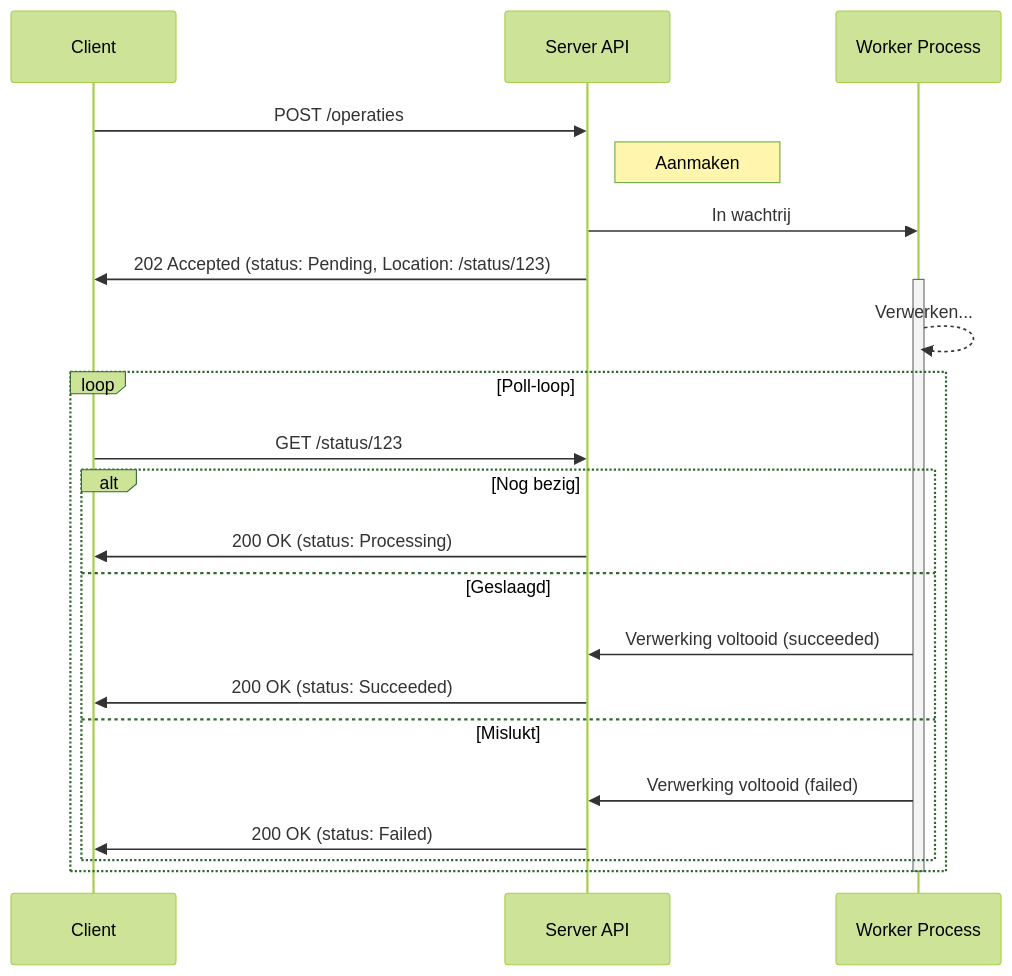
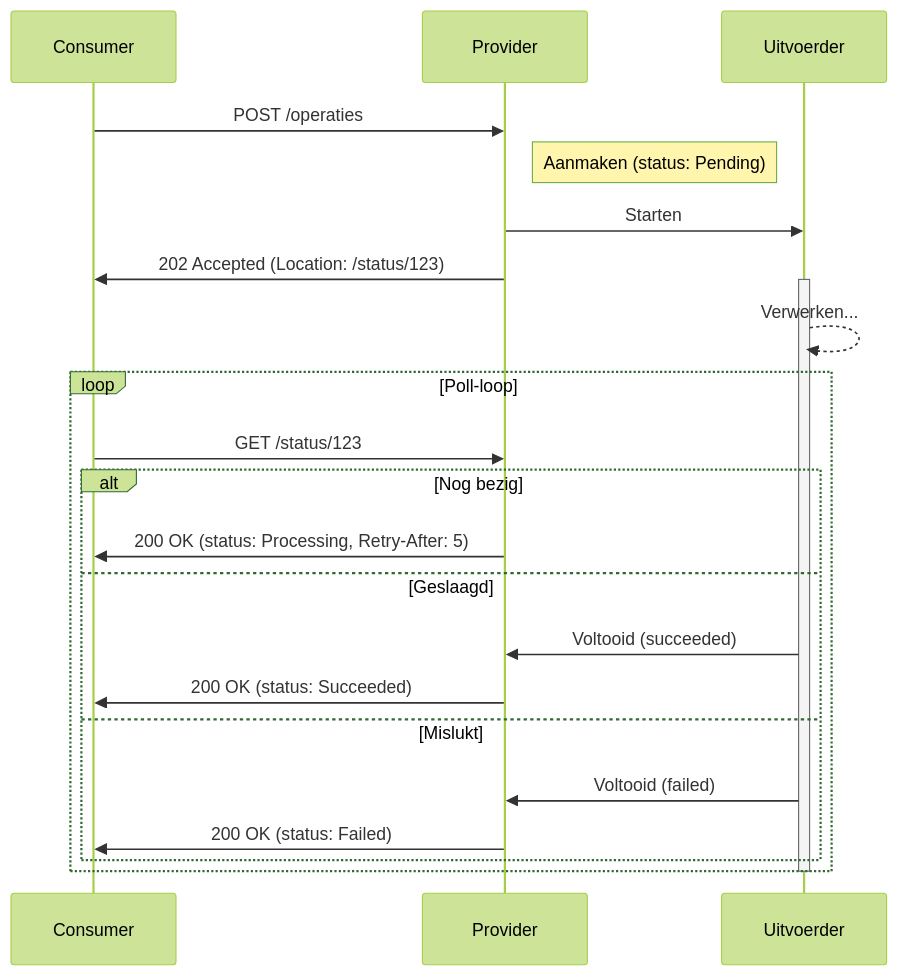
Before and after one commit to developer-overheid-nl/don-site: the diagram in docs/api-ontwikkeling/architectuur/async-request-reply.md, drawn with Mermaid (forest theme). The commit also changed other lines of this file, not shown here.

Commit message:
Use cases verbreed, diagram gegeneraliseerd en terminologie naar consumer/provider

````diff
--- a/docs/api-ontwikkeling/architectuur/async-request-reply.md
+++ b/docs/api-ontwikkeling/architectuur/async-request-reply.md
@@ -63,28 +66,28 @@
 ```mermaid
 sequenceDiagram
-    participant Client
-    participant Server API
-    participant Worker Process
+    participant Consumer
+    participant Provider
+    participant Uitvoerder
 
-  Client->>Server API: POST /operaties
-  note right of Server API: Aanmaken
-  Server API->>Worker Process: In wachtrij
-    Server API->>Client: 202 Accepted (status: Pending, Location: /status/123)
+    Consumer->>Provider: POST /operaties
+    note right of Provider: Aanmaken (status: Pending)
+    Provider->>Uitvoerder: Starten
+    Provider->>Consumer: 202 Accepted (Location: /status/123)
 
-    activate Worker Process
-        Worker Process-->>Worker Process: Verwerken...
+    activate Uitvoerder
+        Uitvoerder-->>Uitvoerder: Verwerken...
 
-    loop Poll-loop
-            Client->>Server API: GET /status/123
-      alt Nog bezig
-                Server API->>Client: 200 OK (status: Processing)
-      else Geslaagd
-                Worker Process->>Server API: Verwerking voltooid (succeeded)
-                Server API->>Client: 200 OK (status: Succeeded)
-      else Mislukt
-                Worker Process->>Server API: Verwerking voltooid (failed)
-                Server API->>Client: 200 OK (status: Failed)
+        loop Poll-loop
+            Consumer->>Provider: GET /status/123
+            alt Nog bezig
+                Provider->>Consumer: 200 OK (status: Processing, Retry-After: 5)
+            else Geslaagd
+                Uitvoerder->>Provider: Voltooid (succeeded)
+                Provider->>Consumer: 200 OK (status: Succeeded)
+            else Mislukt
+                Uitvoerder->>Provider: Voltooid (failed)
+                Provider->>Consumer: 200 OK (status: Failed)
             end
         end
-    deactivate Worker Process
+    deactivate Uitvoerder
 ```
````
